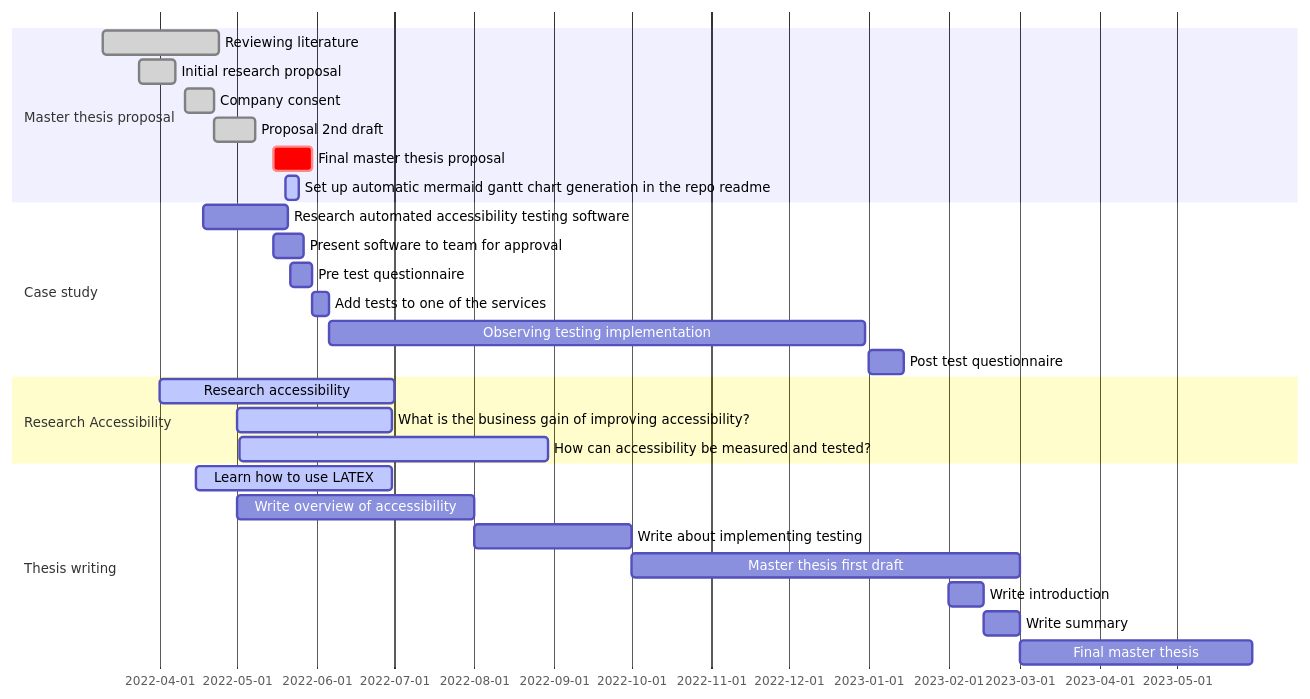
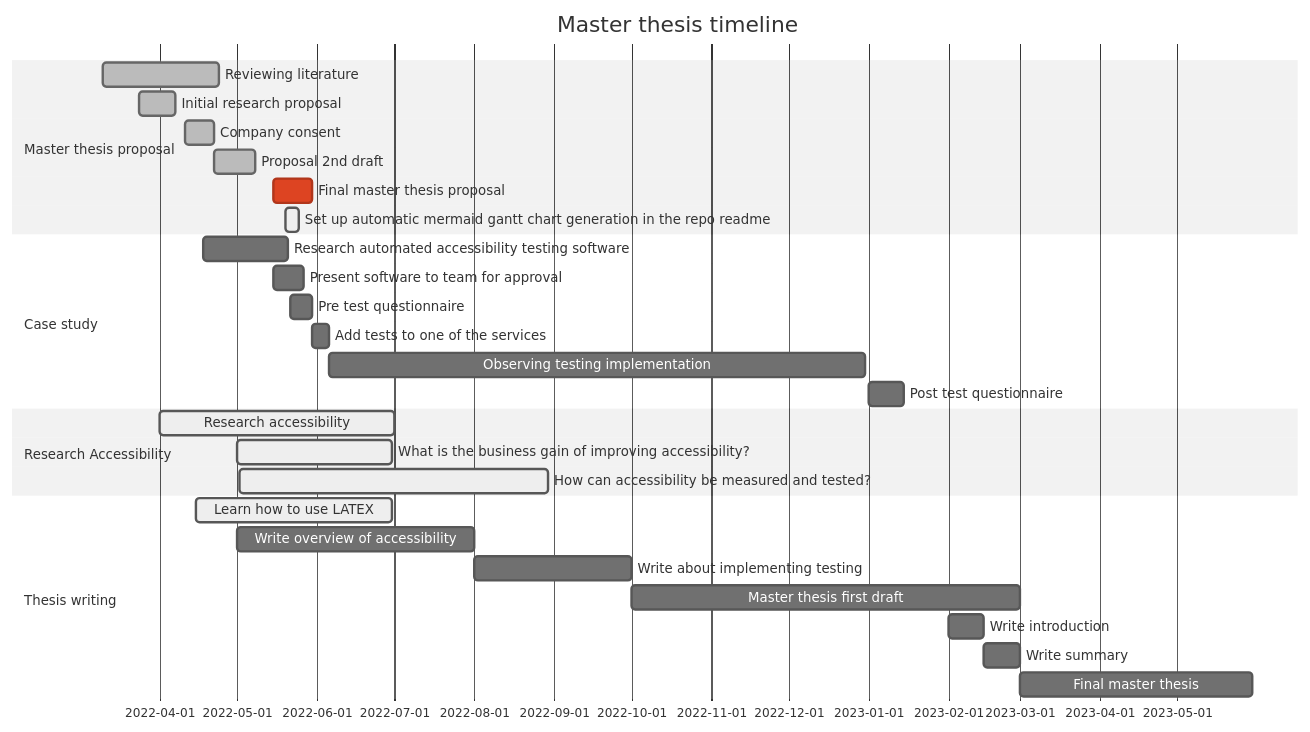
One commit to marianntapfer/masterThesis changed the diagram in README.md. Above: the diagram before and after it, drawn with Mermaid.

Commit message:
change theme

````diff
--- a/README.md
+++ b/README.md
@@ -2,35 +2,36 @@
 ```mermaid
+%%{init: {'theme': 'neutral'}}%%
 gantt
-    dateFormat YYYY-MM-DD
-
+dateFormat YYYY-MM-DD
+title Master thesis timeline
 
 section Master thesis proposal
 Reviewing literature :done,  I_kwDOHN4WtM5IPt0e, 2022-03-10,  2022-04-24
 Initial research proposal :done,  I_kwDOHN4WtM5IPQAc, 2022-03-24,  2022-04-07
 Company consent :done,  I_kwDOHN4WtM5IPjR4, 2022-04-11,  2022-04-22
 Proposal 2nd draft :done,  I_kwDOHN4WtM5IPQdj, 2022-04-22,  2022-05-08
 Final master thesis proposal :crit,  I_kwDOHN4WtM5IO6RY, 2022-05-15,  2022-05-30
 Set up automatic mermaid gantt chart generation in the repo readme :active,  I_kwDOHN4WtM5KFnVy, 2022-05-20,  2022-05-25
 
 section Case study
 Research automated accessibility testing software : I_kwDOHN4WtM5IPCPt, 2022-04-18,  2022-05-21
 Present software to team for approval : I_kwDOHN4WtM5IPKxI, 2022-05-15,  2022-05-27
 Pre test questionnaire : I_kwDOHN4WtM5IPPfv, 2022-05-22,  2022-05-30
 Add tests to one of the services  : I_kwDOHN4WtM5IPSTR, 2022-05-30,  2022-06-06
 Observing testing implementation : I_kwDOHN4WtM5IPS6R, 2022-06-06,  2022-12-31
 Post test questionnaire : I_kwDOHN4WtM5IPr5f, 2023-01-01,  2023-01-15
 
 section Research Accessibility
 Research accessibility :active,  I_kwDOHN4WtM5IP7K7, 2022-04-01,  2022-07-01
 What is the business gain of improving accessibility? :active,  I_kwDOHN4WtM5Jr4kn, 2022-05-01,  2022-06-30
 How can accessibility be measured and tested? :active,  I_kwDOHN4WtM5Jr4tP, 2022-05-02,  2022-08-30
 
 section Thesis writing
 Learn how to use LATEX :active,  I_kwDOHN4WtM5IPfGo, 2022-04-15,  2022-06-30
 Write overview of accessibility : I_kwDOHN4WtM5IPeB8, 2022-05-01,  2022-08-01
 Write about implementing testing : I_kwDOHN4WtM5IRoTT, 2022-08-01,  2022-10-01
 Master thesis first draft : I_kwDOHN4WtM5IPWkC, 2022-10-01,  2023-03-01
 Write introduction : I_kwDOHN4WtM5IPdl3, 2023-02-01,  2023-02-15
 Write summary : I_kwDOHN4WtM5IPdrk, 2023-02-15,  2023-03-01
 Final master thesis : I_kwDOHN4WtM5IPXSh, 2023-03-01,  2023-05-30
 ```
````
